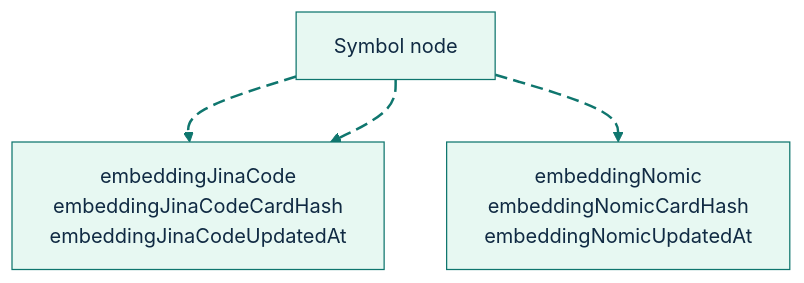
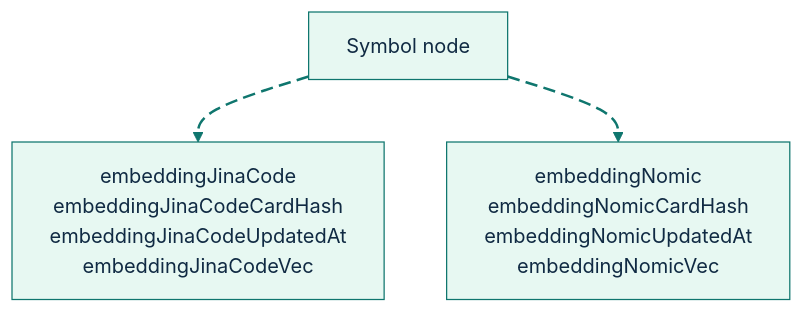
One commit to GlitterKill/sdl-mcp changed the seventh of 13 diagrams in docs/feature-deep-dives/semantic-engine.md. Above: the diagram before and after it, drawn with Mermaid. The commit also changed other lines of this file and 14 other files, not shown here.

````diff
--- a/docs/feature-deep-dives/semantic-engine.md
+++ b/docs/feature-deep-dives/semantic-engine.md
@@ -547,16 +547,15 @@
 ```mermaid
 %%{init: {"theme":"base","themeVariables":{"background":"#ffffff","primaryColor":"#E7F8F2","primaryBorderColor":"#0F766E","primaryTextColor":"#102A43","secondaryColor":"#E8F1FF","secondaryBorderColor":"#2563EB","secondaryTextColor":"#102A43","tertiaryColor":"#FFF4D6","tertiaryBorderColor":"#B45309","tertiaryTextColor":"#102A43","lineColor":"#0F766E","textColor":"#102A43","fontFamily":"Inter, ui-sans-serif, system-ui, -apple-system, BlinkMacSystemFont, Segoe UI, sans-serif"},"flowchart":{"curve":"basis","htmlLabels":true}}}%%
 flowchart TD
-    Symbol["Symbol node"] e1@--> Jina["embeddingJinaCode<br/>embeddingJinaCodeCardHash<br/>embeddingJinaCodeUpdatedAt"]
-    Symbol e2@--> Nomic["embeddingNomic<br/>embeddingNomicCardHash<br/>embeddingNomicUpdatedAt"]
-    Symbol e3@--> Jina["embeddingJinaCode<br/>embeddingJinaCodeCardHash<br/>embeddingJinaCodeUpdatedAt"]
+    Symbol["Symbol node"] e1@--> Jina["embeddingJinaCode<br/>embeddingJinaCodeCardHash<br/>embeddingJinaCodeUpdatedAt<br/>embeddingJinaCodeVec"]
+    Symbol e2@--> Nomic["embeddingNomic<br/>embeddingNomicCardHash<br/>embeddingNomicUpdatedAt<br/>embeddingNomicVec"]
 
     classDef source fill:#E7F8F2,stroke:#0F766E,stroke-width:2px,color:#102A43;
     classDef process fill:#E8F1FF,stroke:#2563EB,stroke-width:2px,color:#102A43;
     classDef decision fill:#FFF4D6,stroke:#B45309,stroke-width:2px,color:#102A43;
     classDef storage fill:#F2E8FF,stroke:#7C3AED,stroke-width:2px,color:#102A43;
     classDef output fill:#FFE8EF,stroke:#BE123C,stroke-width:2px,color:#102A43;
     classDef muted fill:#F8FAFC,stroke:#64748B,stroke-width:1px,color:#102A43;
     classDef animate stroke:#0F766E,stroke-width:2px,stroke-dasharray:10\,5,stroke-dashoffset:900,animation:dash 22s linear infinite;
-    class e1,e2,e3 animate;
+    class e1,e2 animate;
 ```
````
